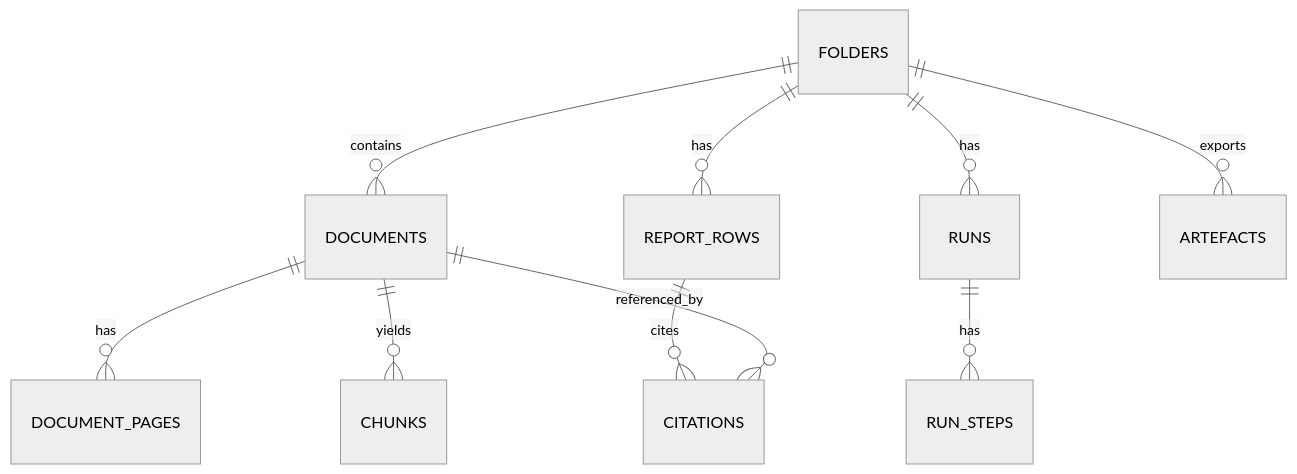
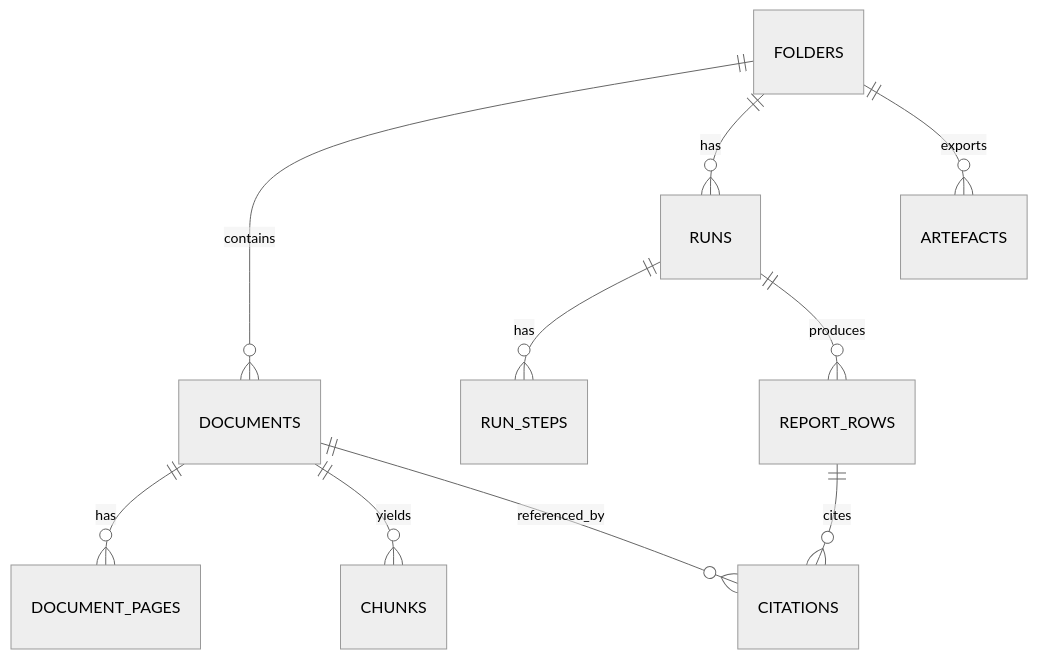
The diagram in docs/03-architecture/30_data_model.md (marchatton/legaltech-poc), drawn with Mermaid (neutral theme) before and after one commit. The commit also changed other lines of this file and 8 other files, not shown here.

Commit message:
docs(architecture): add ADRs + tighten contracts

````diff
--- a/docs/03-architecture/30_data_model.md
+++ b/docs/03-architecture/30_data_model.md
@@ -4,12 +6,12 @@
 ```mermaid
 erDiagram
   FOLDERS ||--o{ DOCUMENTS : contains
   DOCUMENTS ||--o{ DOCUMENT_PAGES : has
   DOCUMENTS ||--o{ CHUNKS : yields
   FOLDERS ||--o{ RUNS : has
   RUNS ||--o{ RUN_STEPS : has
-  FOLDERS ||--o{ REPORT_ROWS : has
+  RUNS ||--o{ REPORT_ROWS : produces
   REPORT_ROWS ||--o{ CITATIONS : cites
   DOCUMENTS ||--o{ CITATIONS : referenced_by
   FOLDERS ||--o{ ARTEFACTS : exports
 ```
````
